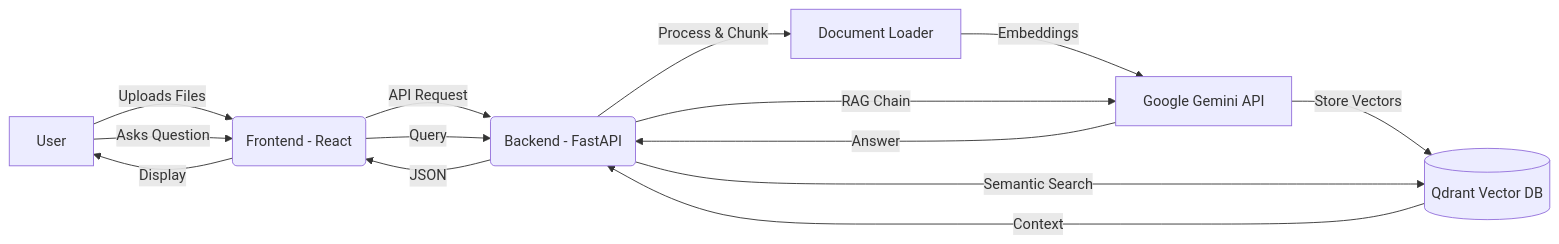
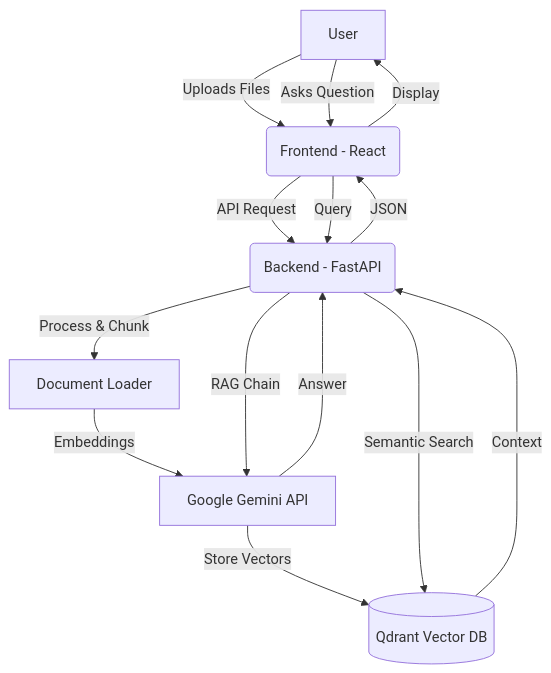
One commit to Oyoshi/document-assistant-rag changed the diagram in README.md. Above: the diagram before and after it, drawn with Mermaid. The commit also changed other lines of this file and 2 other files, not shown here.

````diff
--- a/README.md
+++ b/README.md
@@ -21,16 +23,16 @@
 ```mermaid
-graph LR
+graph TD
     A[User] -->|Uploads Files| B(Frontend - React)
     B -->|API Request| C(Backend - FastAPI)
     C -->|Process & Chunk| D[Document Loader]
     D -->|Embeddings| E[Google Gemini API]
     E -->|Store Vectors| F[(Qdrant Vector DB)]
     A -->|Asks Question| B
     B -->|Query| C
     C -->|Semantic Search| F
     F -->|Context| C
     C -->|RAG Chain| E
     E -->|Answer| C
     C -->|JSON| B
     B -->|Display| A
 ```
````
